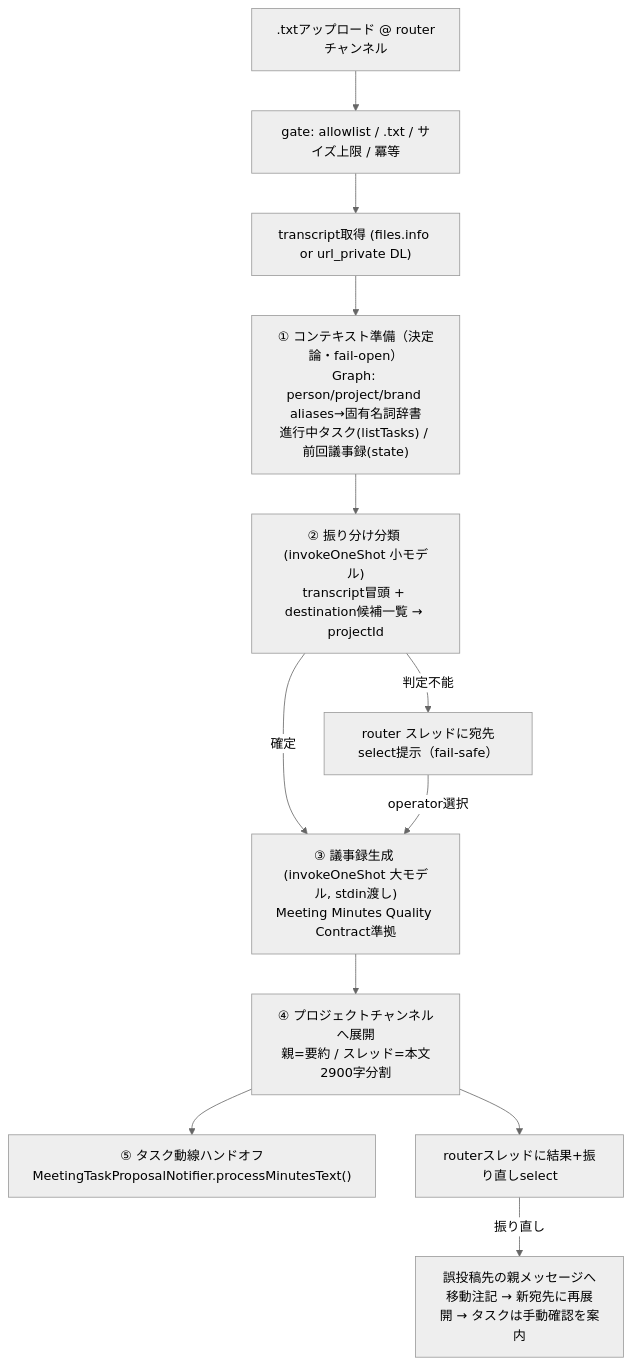
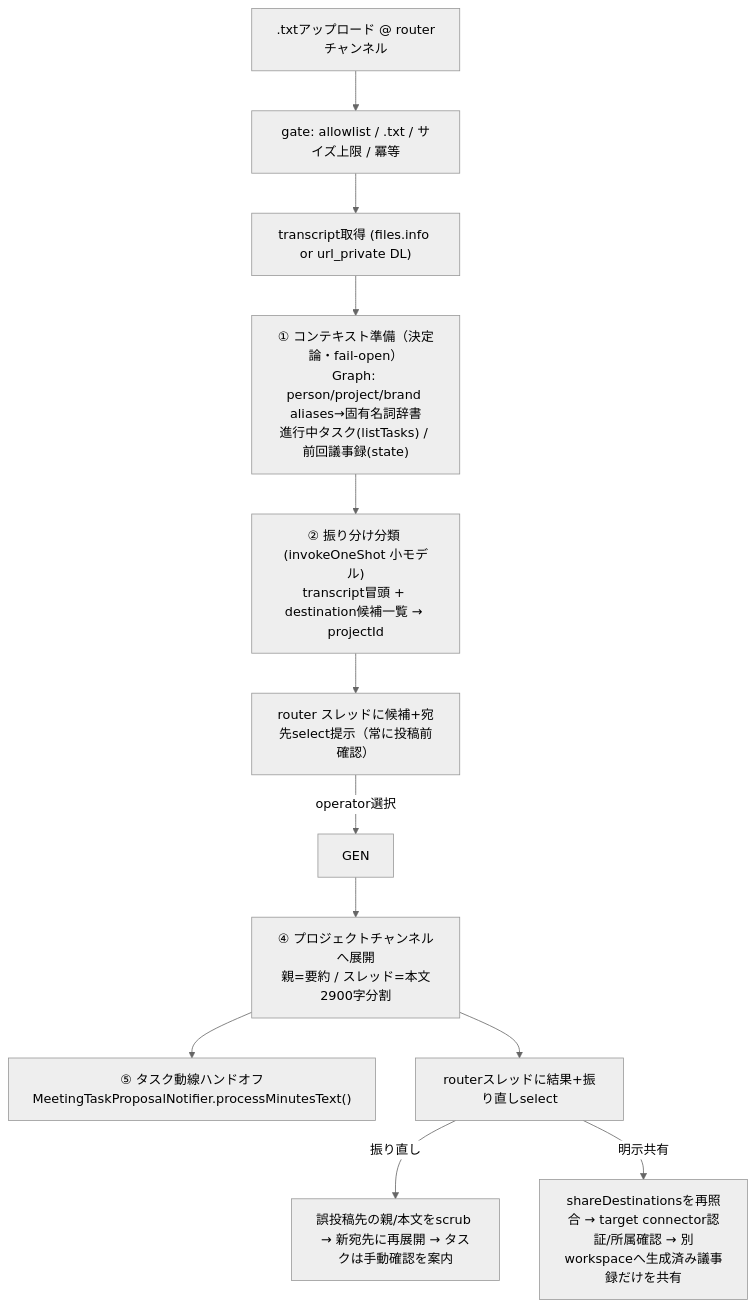
Before and after one commit to Unson-LLC/mana-runtime: the diagram in docs/architecture/story-meeting-minutes-pipeline.md, drawn with Mermaid (neutral theme). The commit also changed other lines of this file and 7 other files, not shown here.

````diff
--- a/docs/architecture/story-meeting-minutes-pipeline.md
+++ b/docs/architecture/story-meeting-minutes-pipeline.md
@@ -45,14 +44,14 @@
 ```mermaid
 flowchart TD
   U[".txtアップロード @ routerチャンネル"] --> G["gate: allowlist / .txt / サイズ上限 / 冪等"]
   G --> DL["transcript取得 (files.info or url_private DL)"]
   DL --> CTX["① コンテキスト準備（決定論・fail-open）\nGraph: person/project/brand aliases→固有名詞辞書\n進行中タスク(listTasks) / 前回議事録(state)"]
   CTX --> RT["② 振り分け分類 (invokeOneShot 小モデル)\ntranscript冒頭 + destination候補一覧 → projectId"]
-  RT -->|確定| GEN["③ 議事録生成 (invokeOneShot 大モデル, stdin渡し)\nMeeting Minutes Quality Contract準拠"]
-  RT -->|判定不能| ASK["router スレッドに宛先select提示（fail-safe）"]
+  RT --> ASK["router スレッドに候補+宛先select提示（常に投稿前確認）"]
   ASK -->|operator選択| GEN
   GEN --> POST["④ プロジェクトチャンネルへ展開\n親=要約 / スレッド=本文2900字分割"]
   POST --> HAND["⑤ タスク動線ハンドオフ\nMeetingTaskProposalNotifier.processMinutesText()"]
   POST --> CTRL["routerスレッドに結果+振り直しselect"]
-  CTRL -->|振り直し| REROUTE["誤投稿先の親メッセージへ移動注記 → 新宛先に再展開 → タスクは手動確認を案内"]
+  CTRL -->|振り直し| REROUTE["誤投稿先の親/本文をscrub → 新宛先に再展開 → タスクは手動確認を案内"]
+  CTRL -->|明示共有| SHARE["shareDestinationsを再照合 → target connector認証/所属確認 → 別workspaceへ生成済み議事録だけを共有"]
 ```
````
